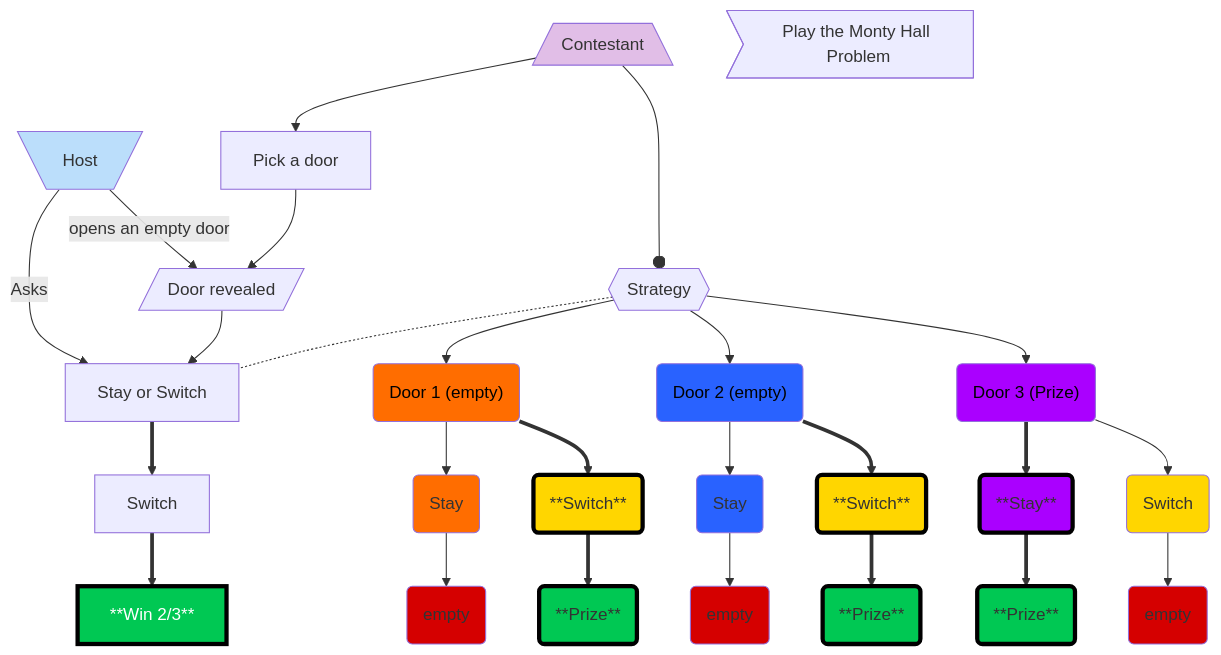
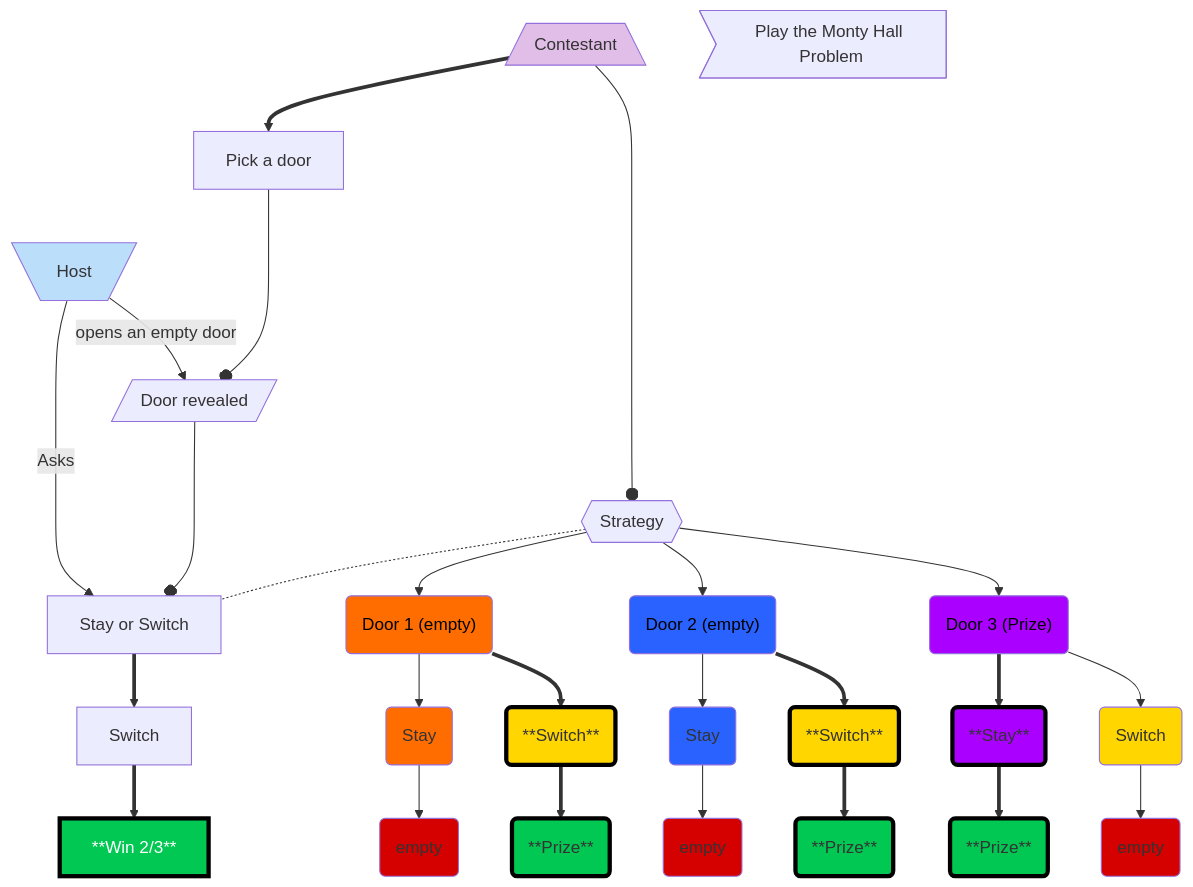
The diagram in MontyHallPromblemStrategy.md (BADmommydale/BADmommydale.github.io), drawn with Mermaid before and after one commit.

Commit message:
Update MontyHallPromblemStrategy.md
Made the path the contestant actually takes bold

````diff
--- a/MontyHallPromblemStrategy.md
+++ b/MontyHallPromblemStrategy.md
@@ -1,48 +1,48 @@
 ```mermaid
 flowchart TD
-    B["Contestant"] --> D["Pick a door"]
+    B["Contestant"] ==> D["Pick a door"]
     C["Host"] -- opens an empty door --> E["Door revealed"]
-    D --> E
+    D ---o E
     C --Asks--> AB
-    E --> AB["Stay or Switch"]
+    E ---o AB["Stay or Switch"]
     AB ==> G["Switch"]
     B ---o H["Strategy"]
     H -.- AB
     H --> I("Door 1 (empty)") & N("Door 2 (empty)") & S("Door 3 (Prize)")
     I --> J("Stay")
     I ==> K("**Switch**")
     J --> L("empty")
     K ==> M("**Prize**")
     N --> O("Stay")
     N ==> P("**Switch**")
     O --> Q("empty")
     P ==> R("**Prize**")
     S ==> T("**Stay**")
     S --> U("Switch")
     T ==> V("**Prize**")
     U --> W("empty")
     G ==> Z["**Win 2/3**"]
     A>"Play the Monty Hall Problem"]
     B@{ shape: trap-b}
     C@{ shape: trap-t}
     E@{ shape: lean-r}
     H@{ shape: hex}
     style B fill:#E1BEE7
     style C fill:#BBDEFB
     style I color:#000000,fill:#FF6D00
     style N color:#000000,fill:#2962FF
     style S color:#000000,fill:#AA00FF
     style J fill:#FF6D00
     style K fill:#FFD600,stroke-width:4px,stroke-dasharray: 0,stroke:#000000
     style L fill:#D50000
     style M fill:#00C853,stroke-width:4px,stroke-dasharray: 0,stroke:#000000
     style O fill:#2962FF
     style P fill:#FFD600,stroke-width:4px,stroke-dasharray: 0,stroke:#000000
     style Q fill:#D50000
     style R fill:#00C853,stroke-width:4px,stroke-dasharray: 0,stroke:#000000
     style T fill:#AA00FF,stroke-width:4px,stroke-dasharray: 0,stroke:#000000
     style U fill:#FFD600
     style V fill:#00C853,stroke-width:4px,stroke-dasharray: 0,stroke:#000000
     style W fill:#D50000
     style Z fill:#00C853,color:#FFFFFF,stroke-width:4px,stroke-dasharray: 0,stroke:#000000
 ```
````
